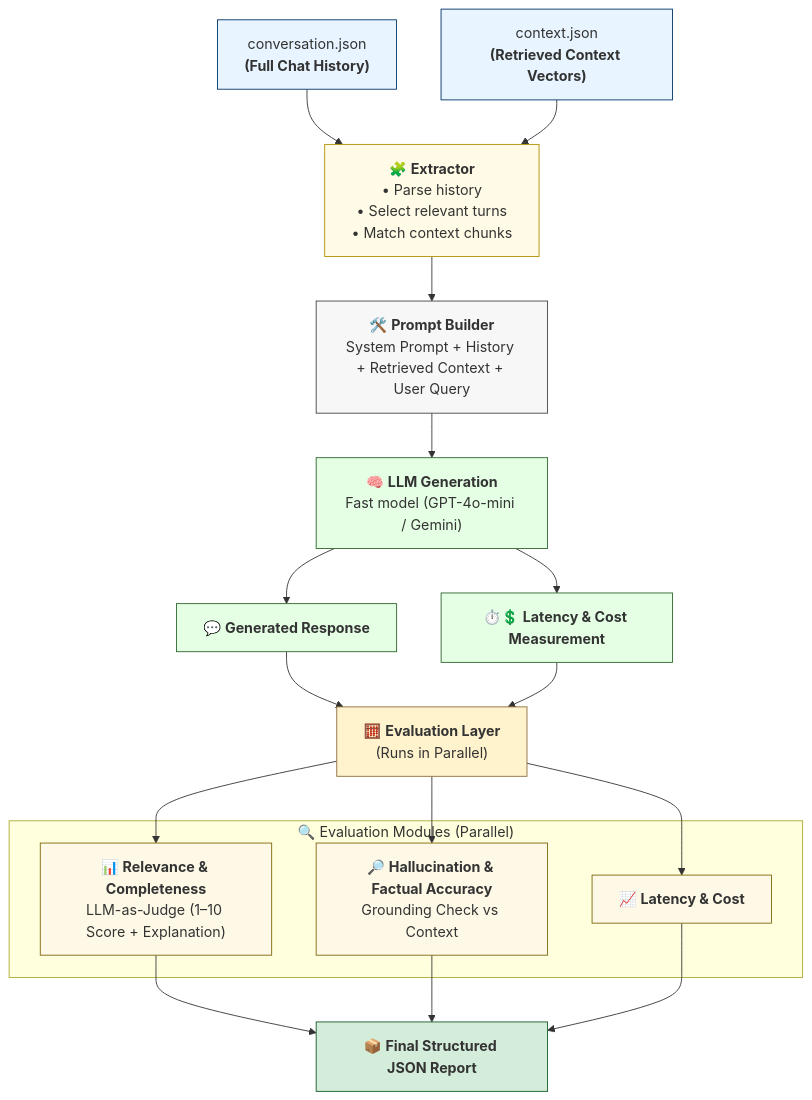
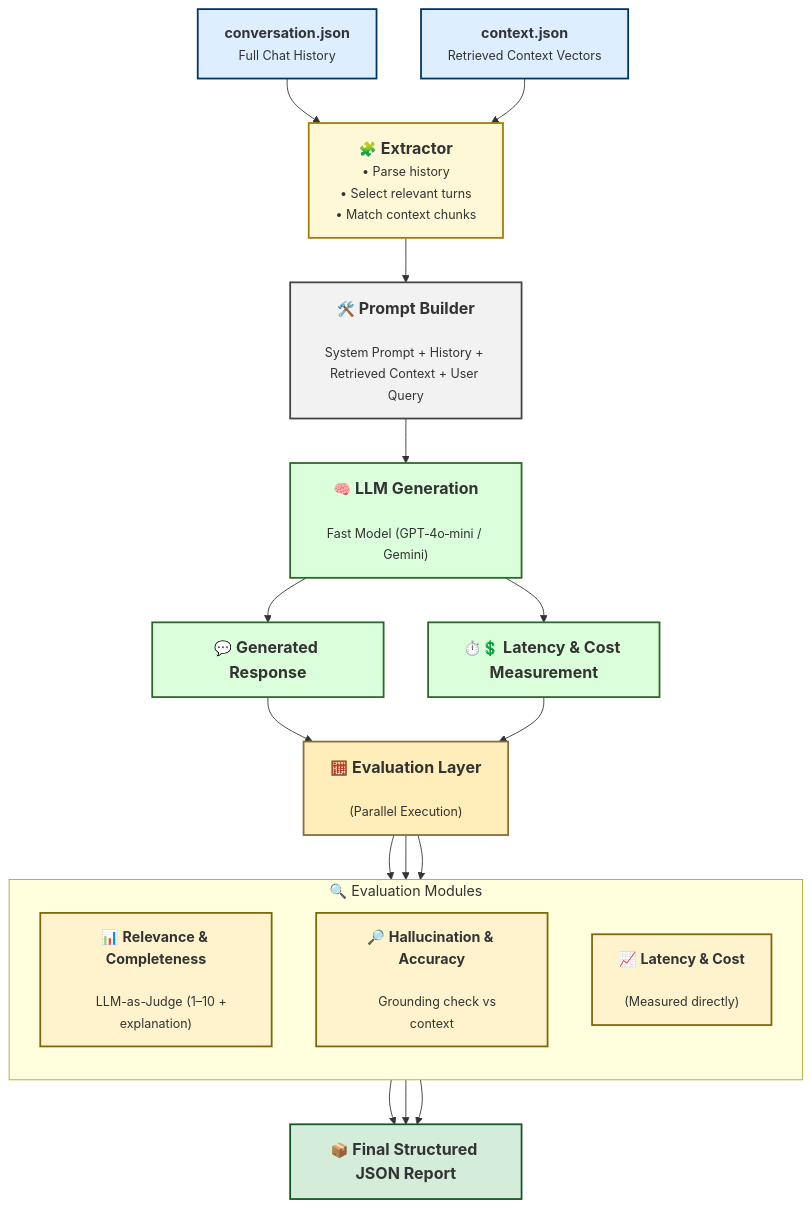
The diagram in README.md (saikiranpulagalla/EvalFlow), drawn with Mermaid before and after one commit.

````diff
--- a/README.md
+++ b/README.md
@@ -53,71 +53,80 @@
 ```mermaid
 flowchart TD
 
 %% ---------- INPUTS ----------
-A1["conversation.json<br/><b>(Full Chat History)</b>"]
-A2["context.json<br/><b>(Retrieved Context Vectors)</b>"]
+A1["<b>conversation.json</b><br/><span style='font-size:14px'>Full Chat History</span>"]
+A2["<b>context.json</b><br/><span style='font-size:14px'>Retrieved Context Vectors</span>"]
 
 A1 --> B
 A2 --> B
 
 %% ---------- EXTRACTION ----------
-B["🧩 <b>Extractor</b><br/>• Parse history<br/>• Select relevant turns<br/>• Match context chunks"]
-
+B["🧩 <b style='font-size:18px'>Extractor</b><br/><span style='font-size:14px'>• Parse history<br/>• Select relevant turns<br/>• Match context chunks</span>"]
 B --> C
 
 %% ---------- PROMPT BUILDING ----------
-C["🛠️ <b>Prompt Builder</b><br/>System Prompt + History + Retrieved Context + User Query"]
-
+C["🛠️ <b style='font-size:18px'>Prompt Builder</b><br/><span style='font-size:14px'>
+System Prompt + History + Retrieved Context + User Query</span>"]
 C --> D
 
 %% ---------- LLM GENERATION ----------
-D["🧠 <b>LLM Generation</b><br/>Fast model (GPT-4o-mini / Gemini)"]
-
+D["🧠 <b style='font-size:18px'>LLM Generation</b><br/><span style='font-size:14px'>
+Fast Model (GPT‑4o‑mini / Gemini)</span>"]
 D --> E
 D --> F
 
 %% ---------- OUTPUT ----------
-E["💬 <b>Generated Response</b>"]
+E["💬 <b style='font-size:18px'>Generated Response</b>"]
 
 %% ---------- METRICS ----------
-F["⏱️💲 <b>Latency & Cost Measurement</b>"]
+F["⏱️💲 <b style='font-size:18px'>Latency & Cost Measurement</b>"]
 
 %% ---------- EVALUATION LAYER ----------
 E --> G
 F --> G
 
-G["🧮 <b>Evaluation Layer</b><br/>(Runs in Parallel)"]
+G["🧮 <b style='font-size:18px'>Evaluation Layer</b><br/><span style='font-size:14px'>
+(Parallel Execution)</span>"]
 
-subgraph "🔍 Evaluation Modules (Parallel)"
-    G1["📊 <b>Relevance & Completeness</b><br/>LLM-as-Judge (1–10 Score + Explanation)"]
-    G2["🔎 <b>Hallucination & Factual Accuracy</b><br/>Grounding Check vs Context"]
-    G3["📈 <b>Latency & Cost</b>"]
+subgraph "🔍 Evaluation Modules"
+    direction TB
+    G1["📊 <b>Relevance & Completeness</b><br/><span style='font-size:14px'>
+    LLM-as-Judge (1–10 + explanation)</span>"]
+
+    G2["🔎 <b>Hallucination & Accuracy</b><br/><span style='font-size:14px'>
+    Grounding check vs context</span>"]
+
+    G3["📈 <b>Latency & Cost</b><br/><span style='font-size:14px'>
+    (Measured directly)</span>"]
 end
 
 G --> G1
 G --> G2
 G --> G3
 
 G1 --> H
 G2 --> H
 G3 --> H
 
 %% ---------- FINAL REPORT ----------
-H["📦 <b>Final Structured JSON Report</b>"]
-
+H["📦 <b style='font-size:18px'>Final Structured JSON Report</b>"]
 
 %% ---------- STYLES ----------
-style A1 fill:#e8f4ff,stroke:#036
-style A2 fill:#e8f4ff,stroke:#036
-style B fill:#fffbe6,stroke:#b38f00
-style C fill:#f7f7f7,stroke:#444
-style D fill:#e4ffe4,stroke:#2d662d
-style E fill:#e4ffe4,stroke:#2d662d
-style F fill:#e4ffe4,stroke:#2d662d
-style G fill:#fff3cd,stroke:#8a6d3b
-style G1 fill:#fef9e7,stroke:#7d6608
-style G2 fill:#fef9e7,stroke:#7d6608
-style G3 fill:#fef9e7,stroke:#7d6608
-style H fill:#d4edda,stroke:#155724
+style A1 fill:#dceeff,stroke:#003366,stroke-width:2px
+style A2 fill:#dceeff,stroke:#003366,stroke-width:2px
+
+style B fill:#fff8d6,stroke:#a67c00,stroke-width:2px
+style C fill:#f2f2f2,stroke:#444,stroke-width:2px
+
+style D fill:#dbffdb,stroke:#2d662d,stroke-width:2px
+style E fill:#dbffdb,stroke:#2d662d,stroke-width:2px
+style F fill:#dbffdb,stroke:#2d662d,stroke-width:2px
+
+style G fill:#ffeeba,stroke:#8a6d3b,stroke-width:2px
+style G1 fill:#fff3cd,stroke:#7d6608,stroke-width:2px
+style G2 fill:#fff3cd,stroke:#7d6608,stroke-width:2px
+style G3 fill:#fff3cd,stroke:#7d6608,stroke-width:2px
+
+style H fill:#d4edda,stroke:#155724,stroke-width:2px
 
 ```
````
